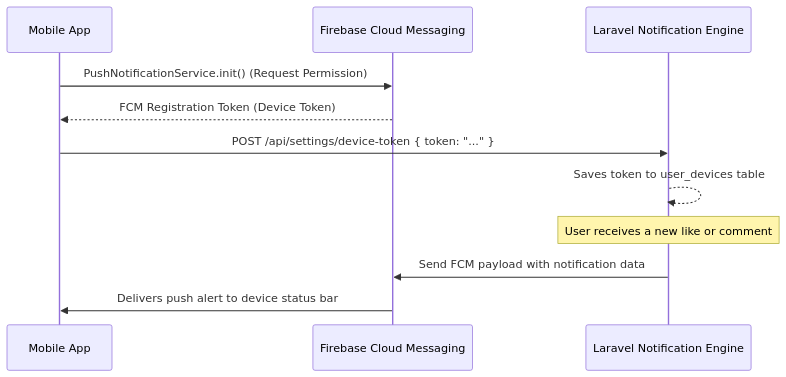
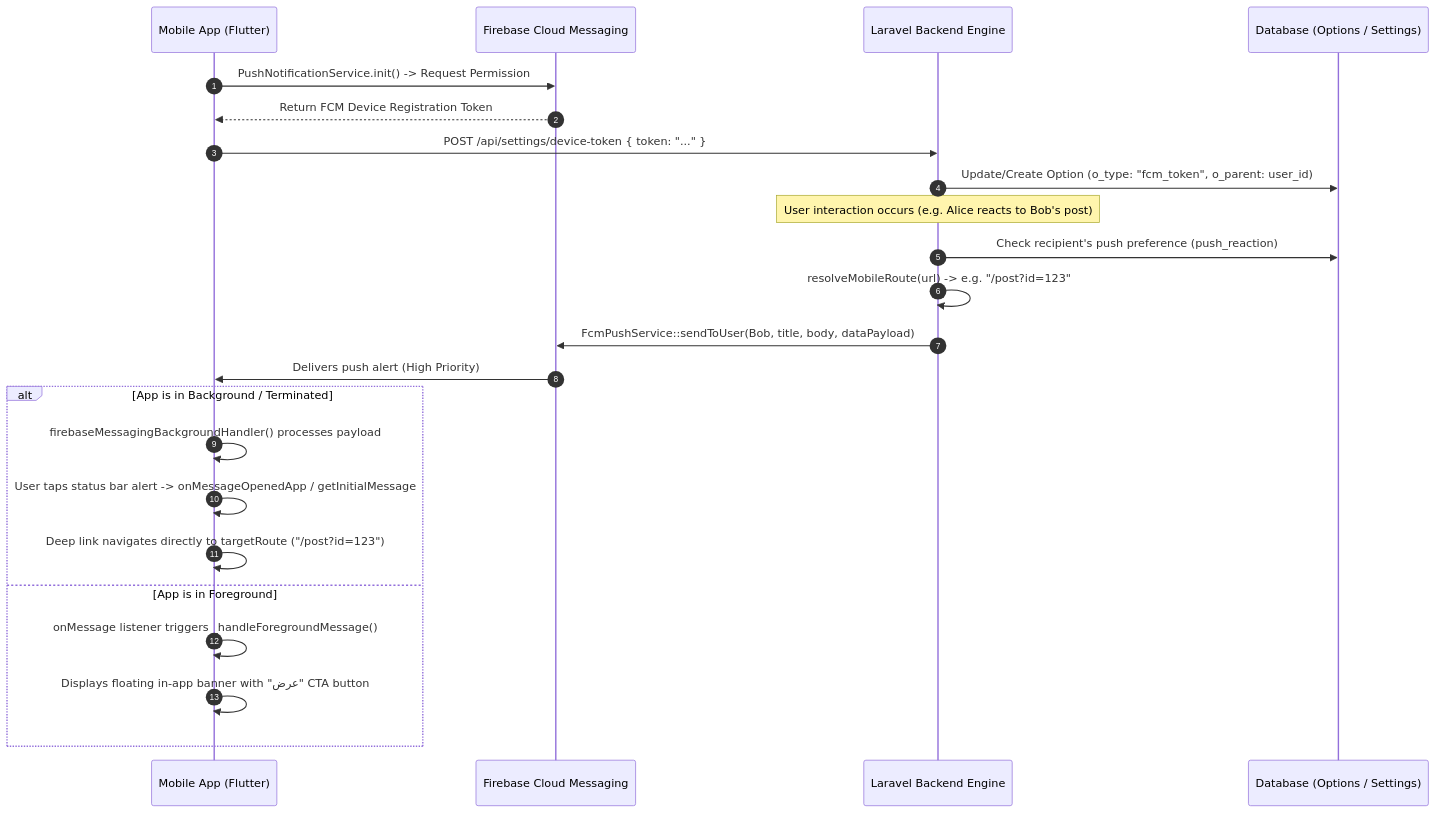
One commit to mrghozzi/myads_app changed the diagram in docs/wiki/Firebase-Push-Notifications-Guide.md. Above: the diagram before and after it, drawn with Mermaid. The commit also changed other lines of this file and 8 other files, not shown here.

Commit message:
docs(wiki): update documentation to v1.8.9+31 with tier-1 notification architecture, FCM v1, and modern Riverpod state

````diff
--- a/docs/wiki/Firebase-Push-Notifications-Guide.md
+++ b/docs/wiki/Firebase-Push-Notifications-Guide.md
@@ -9,15 +9,28 @@
 ```mermaid
 sequenceDiagram
-    participant App as Mobile App
+    autonumber
+    participant App as Mobile App (Flutter)
     participant FCM as Firebase Cloud Messaging
-    participant Backend as Laravel Notification Engine
+    participant Backend as Laravel Backend Engine
+    participant DB as Database (Options / Settings)
 
-    App->>FCM: PushNotificationService.init() (Request Permission)
-    FCM-->>App: FCM Registration Token (Device Token)
+    App->>FCM: PushNotificationService.init() -> Request Permission
+    FCM-->>App: Return FCM Device Registration Token
     App->>Backend: POST /api/settings/device-token { token: "..." }
-    Backend-->>Backend: Saves token to user_devices table
+    Backend->>DB: Update/Create Option (o_type: "fcm_token", o_parent: user_id)
 
-    Note over Backend: User receives a new like or comment
-    Backend->>FCM: Send FCM payload with notification data
-    FCM->>App: Delivers push alert to device status bar
+    Note over Backend: User interaction occurs (e.g. Alice reacts to Bob's post)
+    Backend->>DB: Check recipient's push preference (push_reaction)
+    Backend->>Backend: resolveMobileRoute(url) -> e.g. "/post?id=123"
+    Backend->>FCM: FcmPushService::sendToUser(Bob, title, body, dataPayload)
+    FCM->>App: Delivers push alert (High Priority)
+    
+    alt App is in Background / Terminated
+        App->>App: firebaseMessagingBackgroundHandler() processes payload
+        App->>App: User taps status bar alert -> onMessageOpenedApp / getInitialMessage
+        App->>App: Deep link navigates directly to targetRoute ("/post?id=123")
+    else App is in Foreground
+        App->>App: onMessage listener triggers _handleForegroundMessage()
+        App->>App: Displays floating in-app banner with "عرض" CTA button
+    end
 ```
````
